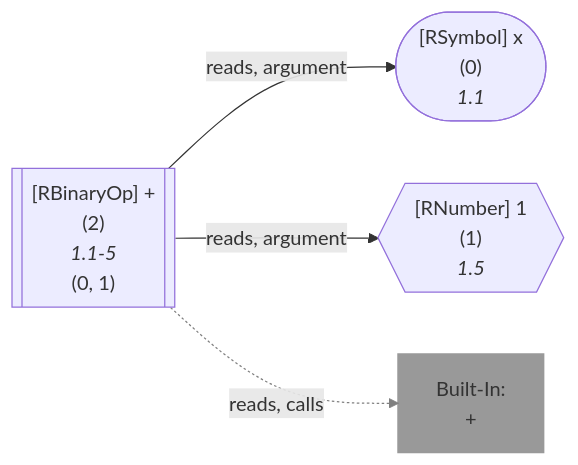
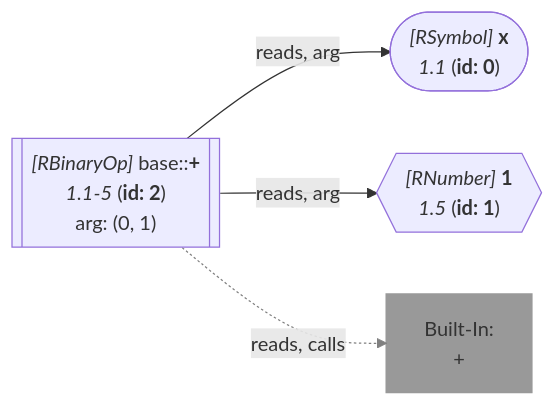
The sixth of 21 diagrams in wiki/Query API.md (flowr-analysis/flowr), drawn with Mermaid before and after one commit. The commit also changed other lines of this file and 228 other files, not shown here.

````diff
--- a/wiki/Query API.md
+++ b/wiki/Query API.md
@@ -3064,22 +3037,19 @@
 ```mermaid
 flowchart LR
-    0(["`#91;RSymbol#93; x
-      (0)
-      *1.1*`"])
+    0(["`*#91;RSymbol#93;* **x**
+      *1.1* (**id: 0**)`"])
    %% No edges found for 0
-    1{{"`#91;RNumber#93; 1
-      (1)
-      *1.5*`"}}
+    1{{"`*#91;RNumber#93;* **1**
+      *1.5* (**id: 1**)`"}}
    %% No edges found for 1
-    2[["`#91;RBinaryOp#93; #43;
-      (2)
-      *1.1-5*
-    (0, 1)`"]]
+    2[["`*#91;RBinaryOp#93;* base#58;#58;**#43;**
+      *1.1-5* (**id: 2**)
+    arg: (0, 1)`"]]
     built-in:_["`Built-In:
 #43;`"]
     style built-in:_ stroke:gray,fill:gray,stroke-width:2px,opacity:.8;
-    2 -->|"reads, argument"| 0
-    2 -->|"reads, argument"| 1
+    2 -->|"reads, arg"| 0
+    2 -->|"reads, arg"| 1
     2 -.->|"reads, calls"| built-in:_
     linkStyle 2 stroke:gray;
 ```
````
